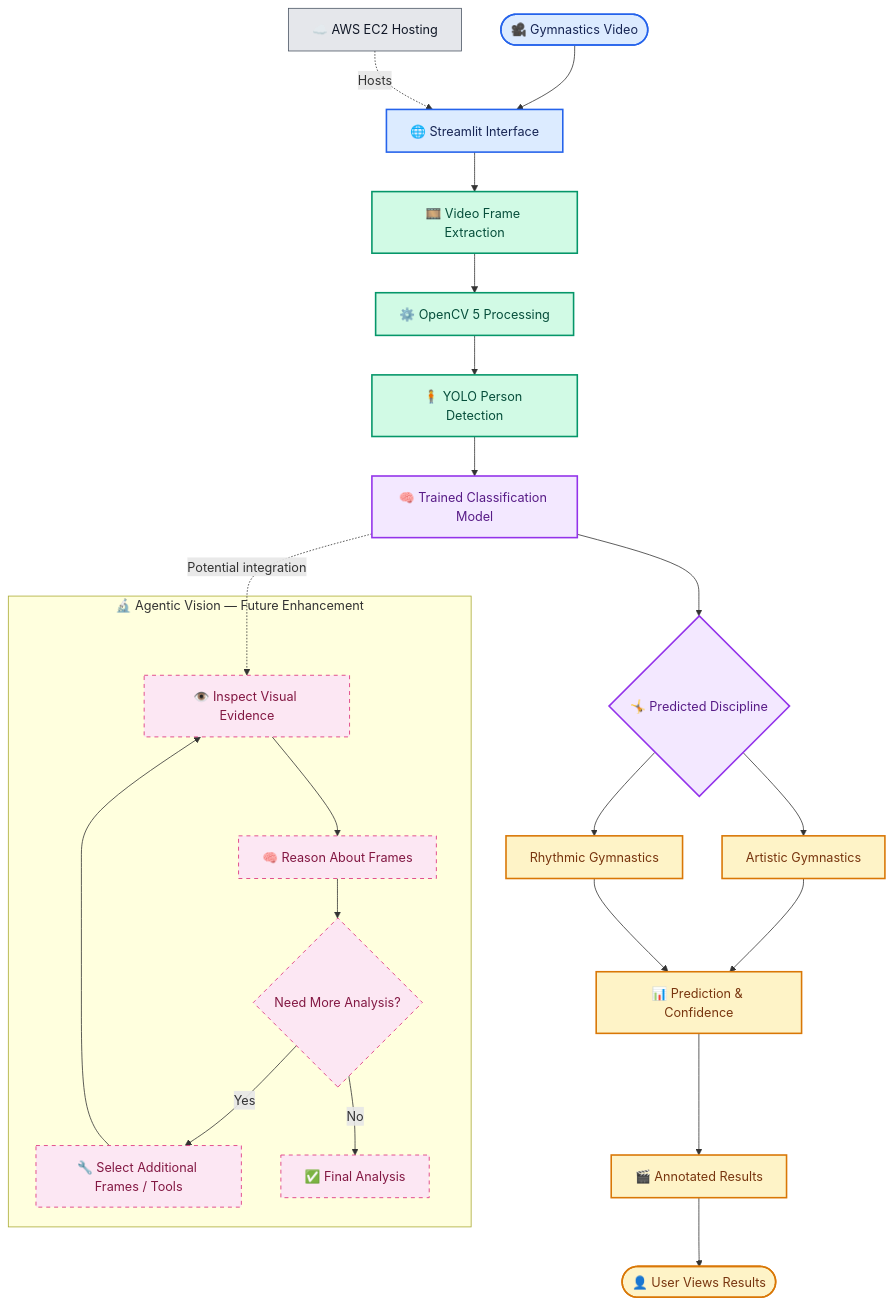
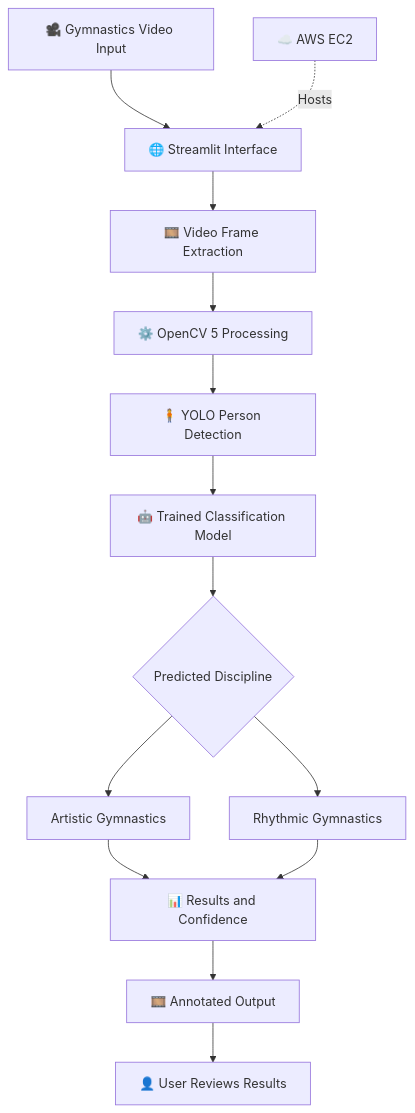
The diagram in README.md (krinachauhan006/Gymnalyze), drawn with Mermaid before and after one commit.

````diff
--- a/README.md
+++ b/README.md
@@ -51,43 +51,18 @@
 ```mermaid
 flowchart TD
-    A(["🎥 Gymnastics Video"]) --> B["🌐 Streamlit Interface"]
+    A["🎥 Gymnastics Video Input"] --> B["🌐 Streamlit Interface"]
     B --> C["🎞️ Video Frame Extraction"]
     C --> D["⚙️ OpenCV 5 Processing"]
     D --> E["🧍 YOLO Person Detection"]
-    E --> F["🧠 Trained Classification Model"]
-
-    F --> G{"🤸 Predicted Discipline"}
+    E --> F["🤖 Trained Classification Model"]
+    F --> G{"Predicted Discipline"}
     G --> H["Artistic Gymnastics"]
     G --> I["Rhythmic Gymnastics"]
+    H --> J["📊 Results and Confidence"]
+    I --> J
+    J --> K["🎞️ Annotated Output"]
+    K --> L["👤 User Reviews Results"]
 
-    H --> J["📊 Prediction & Confidence"]
-    I --> J
-    J --> K["🎬 Annotated Results"]
-    K --> L(["👤 User Views Results"])
-
-    AWS["☁️ AWS EC2 Hosting"] -. Hosts .-> B
-
-    subgraph AV["🔬 Agentic Vision — Future Enhancement"]
-        M["👁️ Inspect Visual Evidence"] --> N["🧠 Reason About Frames"]
-        N --> O{"Need More Analysis?"}
-        O -- Yes --> P["🔧 Select Additional Frames / Tools"]
-        P --> M
-        O -- No --> Q["✅ Final Analysis"]
-    end
-
-    F -. Potential integration .-> M
-
-    classDef input fill:#DCEBFF,stroke:#2563EB,color:#172554,stroke-width:2px
-    classDef processing fill:#D1FAE5,stroke:#059669,color:#064E3B,stroke-width:2px
-    classDef model fill:#F3E8FF,stroke:#9333EA,color:#581C87,stroke-width:2px
-    classDef output fill:#FEF3C7,stroke:#D97706,color:#78350F,stroke-width:2px
-    classDef cloud fill:#E5E7EB,stroke:#4B5563,color:#111827,stroke-width:1px
-    classDef future fill:#FCE7F3,stroke:#DB2777,color:#831843,stroke-dasharray:5 5
-
-    class A,B input
-    class C,D,E processing
-    class F,G model
-    class H,I,J,K,L output
-    class AWS cloud
-    class M,N,O,P,Q future
+    M["☁️ AWS EC2"] -. Hosts .-> B
+       
 ```
````
